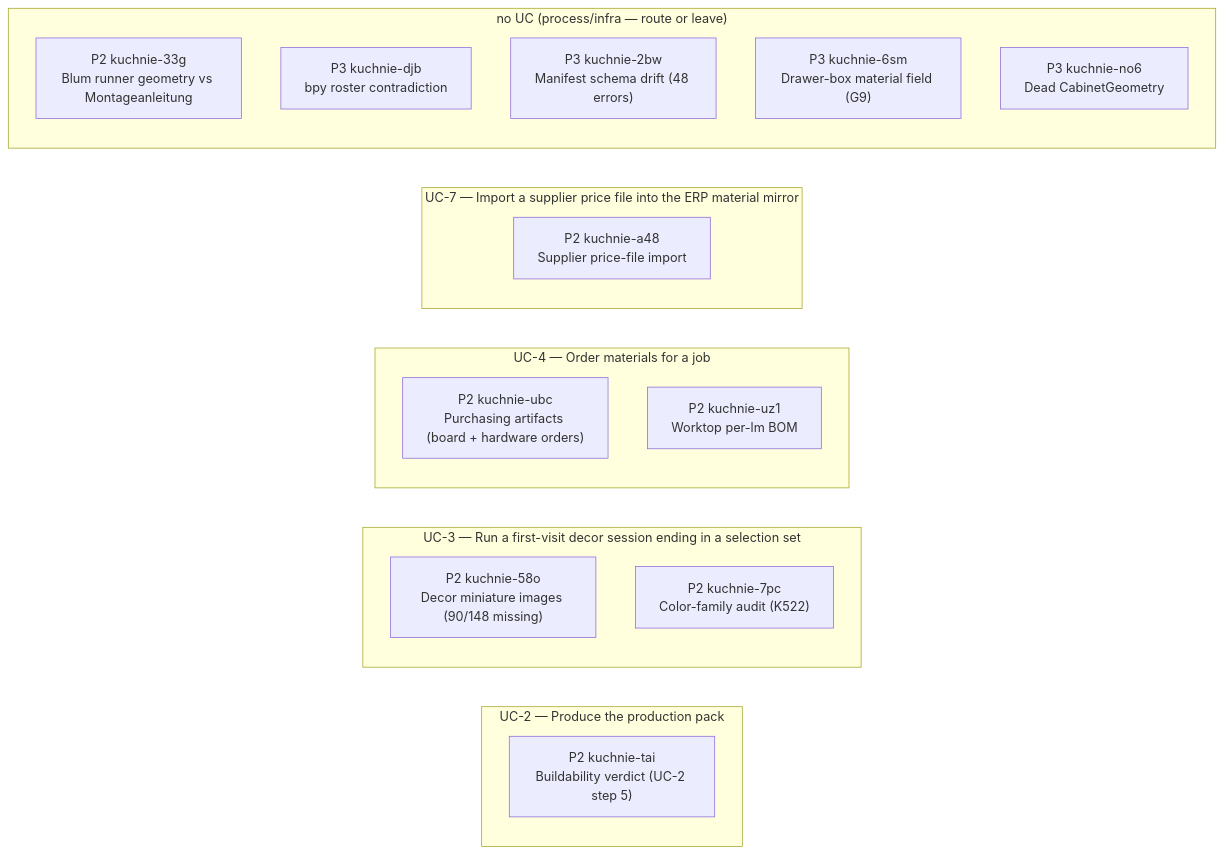
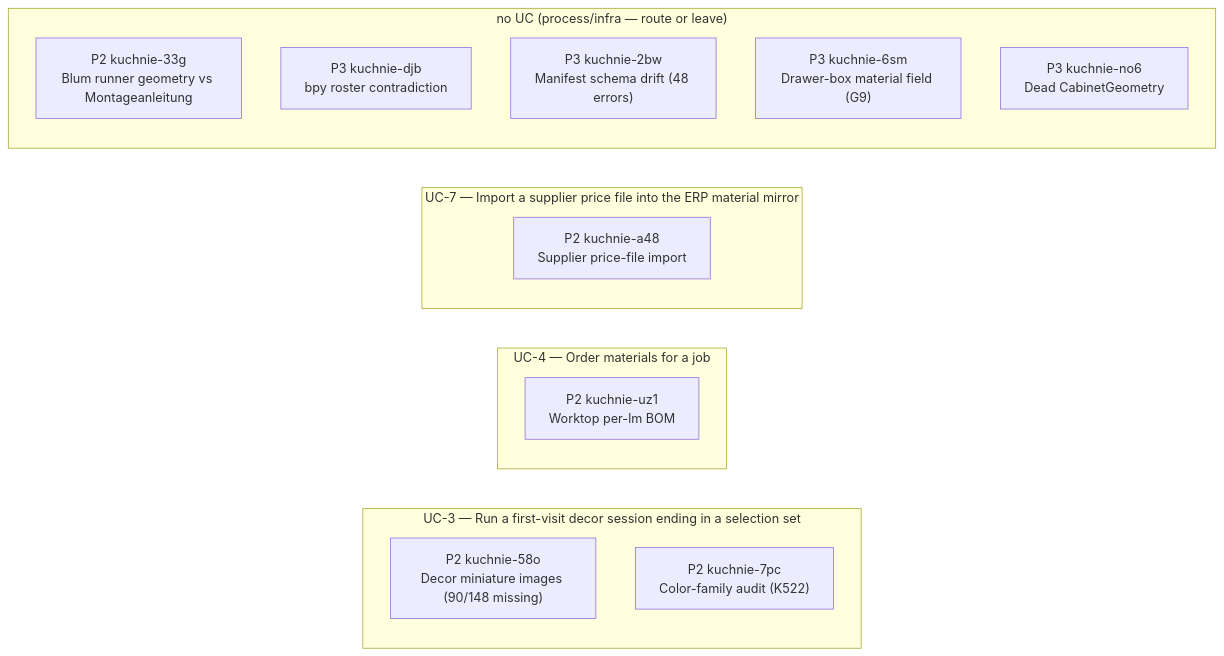
The second of 2 diagrams in STATUS.md (m1981/kuchnie), drawn with Mermaid before and after one commit. The commit also changed other lines of this file and 1 other file, not shown here.

````diff
--- a/STATUS.md
+++ b/STATUS.md
@@ -75,24 +71,20 @@
 ```mermaid
 flowchart LR
-    subgraph gUC_2 ["UC-2 — Produce the production pack"]
-        u_kuchnie_tai["P2 kuchnie-tai<br/>Buildability verdict (UC-2 step 5)"]
-    end
     subgraph gUC_3 ["UC-3 — Run a first-visit decor session ending in a selection set"]
         u_kuchnie_58o["P2 kuchnie-58o<br/>Decor miniature images (90/148 missing)"]
         u_kuchnie_7pc["P2 kuchnie-7pc<br/>Color-family audit (K522)"]
     end
     subgraph gUC_4 ["UC-4 — Order materials for a job"]
-        u_kuchnie_ubc["P2 kuchnie-ubc<br/>Purchasing artifacts (board + hardware orders)"]
         u_kuchnie_uz1["P2 kuchnie-uz1<br/>Worktop per-lm BOM"]
     end
     subgraph gUC_7 ["UC-7 — Import a supplier price file into the ERP material mirror"]
         u_kuchnie_a48["P2 kuchnie-a48<br/>Supplier price-file import"]
     end
     subgraph g_none ["no UC (process/infra — route or leave)"]
         u_kuchnie_33g["P2 kuchnie-33g<br/>Blum runner geometry vs Montageanleitung"]
         u_kuchnie_djb["P3 kuchnie-djb<br/>bpy roster contradiction"]
         u_kuchnie_2bw["P3 kuchnie-2bw<br/>Manifest schema drift (48 errors)"]
         u_kuchnie_6sm["P3 kuchnie-6sm<br/>Drawer-box material field (G9)"]
         u_kuchnie_no6["P3 kuchnie-no6<br/>Dead CabinetGeometry"]
     end
 ```
````
